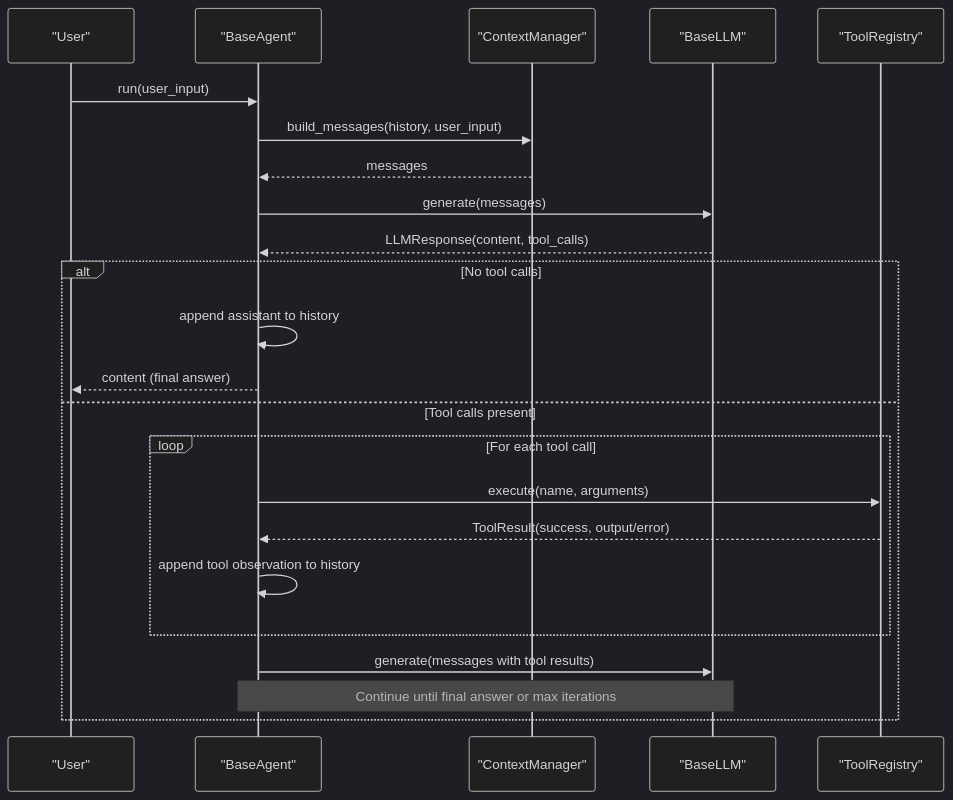
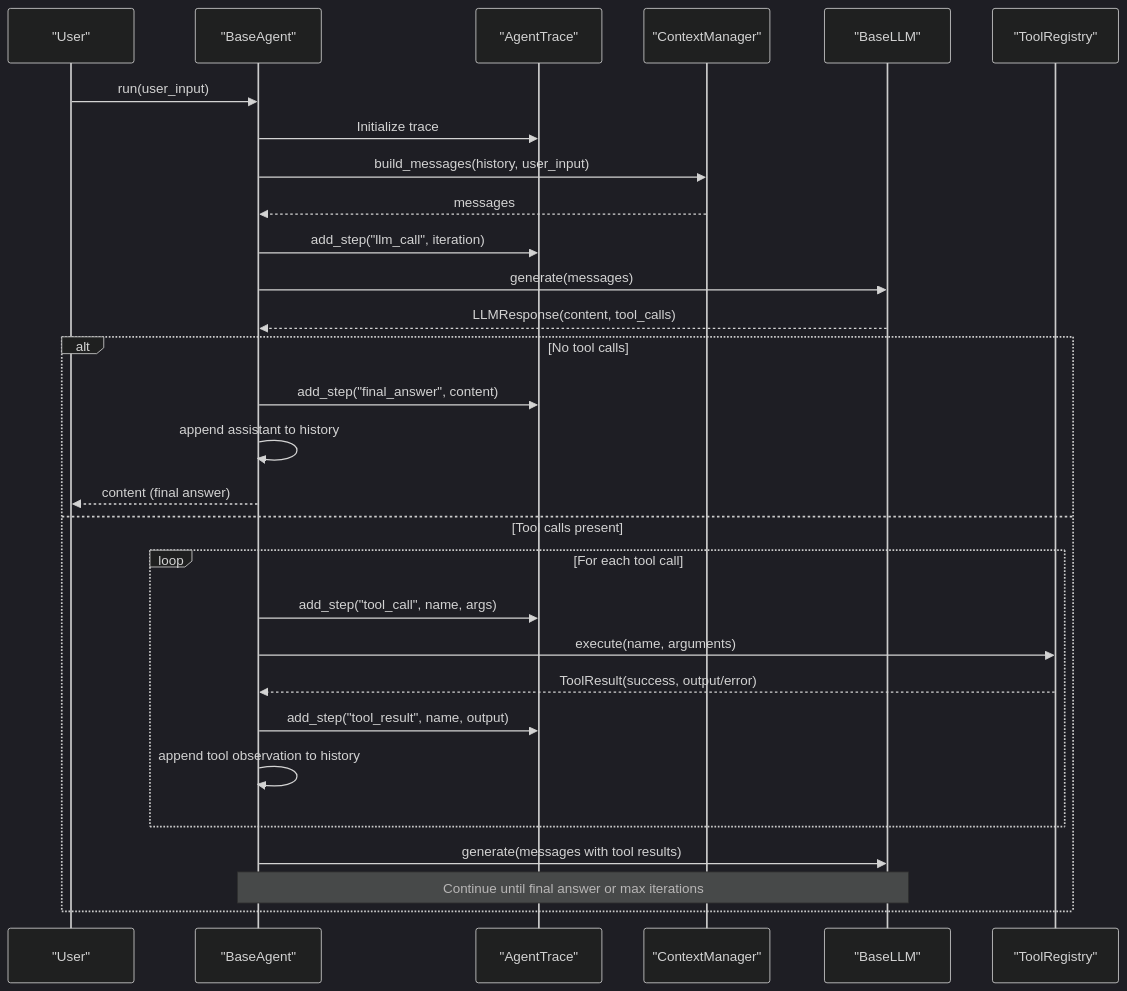
One commit to 1996Paul-Wen/HarnessAIDemo changed the second of 4 diagrams in .qoder/repowiki/en/content/Core Architecture/Agent System/Base Agent.md. Above: the diagram before and after it, drawn with Mermaid (dark theme). The commit also changed other lines of this file and 4 other files, not shown here.

````diff
--- a/.qoder/repowiki/en/content/Core Architecture/Agent System/Base Agent.md
+++ b/.qoder/repowiki/en/content/Core Architecture/Agent System/Base Agent.md
@@ -109,25 +118,31 @@
 ```mermaid
 sequenceDiagram
 participant User as "User"
 participant Agent as "BaseAgent"
+participant Trace as "AgentTrace"
 participant Ctx as "ContextManager"
 participant LLM as "BaseLLM"
 participant Reg as "ToolRegistry"
 User->>Agent : run(user_input)
+Agent->>Trace : Initialize trace
 Agent->>Ctx : build_messages(history, user_input)
 Ctx-->>Agent : messages
+Agent->>Trace : add_step("llm_call", iteration)
 Agent->>LLM : generate(messages)
 LLM-->>Agent : LLMResponse(content, tool_calls)
 alt No tool calls
+Agent->>Trace : add_step("final_answer", content)
 Agent->>Agent : append assistant to history
 Agent-->>User : content (final answer)
 else Tool calls present
 loop For each tool call
+Agent->>Trace : add_step("tool_call", name, args)
 Agent->>Reg : execute(name, arguments)
 Reg-->>Agent : ToolResult(success, output/error)
+Agent->>Trace : add_step("tool_result", name, output)
 Agent->>Agent : append tool observation to history
 end
 Agent->>LLM : generate(messages with tool results)
 Note over Agent,LLM : Continue until final answer or max iterations
 end
 ```
````
